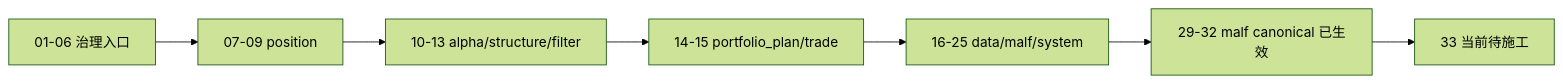
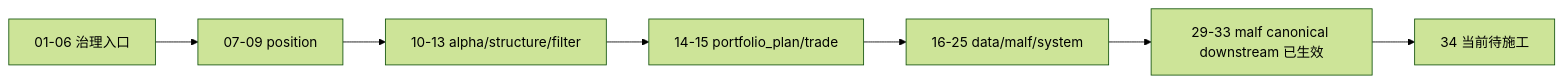
One commit to everything-is-simple/lifespan-0.01 changed the diagram in docs/03-execution/C-system-completion-ledger-20260409.md. Above: the diagram before and after it, drawn with Mermaid (forest theme). The commit also changed other lines of this file and 26 other files, not shown here.

````diff
--- a/docs/03-execution/C-system-completion-ledger-20260409.md
+++ b/docs/03-execution/C-system-completion-ledger-20260409.md
@@ -30,9 +31,9 @@
 ```mermaid
 flowchart LR
-    G01[01-06 治理入口] --> P07[07-09 position]
-    P07 --> A10[10-13 alpha/structure/filter]
-    A10 --> T14[14-15 portfolio_plan/trade]
-    T14 --> D16[16-25 data/malf/system]
-    D16 --> M29[29-32 malf canonical 已生效]
-    M29 --> NEXT[33 当前待施工]
+    G01["01-06 治理入口"] --> P07["07-09 position"]
+    P07 --> A10["10-13 alpha/structure/filter"]
+    A10 --> T14["14-15 portfolio_plan/trade"]
+    T14 --> D16["16-25 data/malf/system"]
+    D16 --> M29["29-33 malf canonical downstream 已生效"]
+    M29 --> NEXT["34 当前待施工"]
 ```
````
